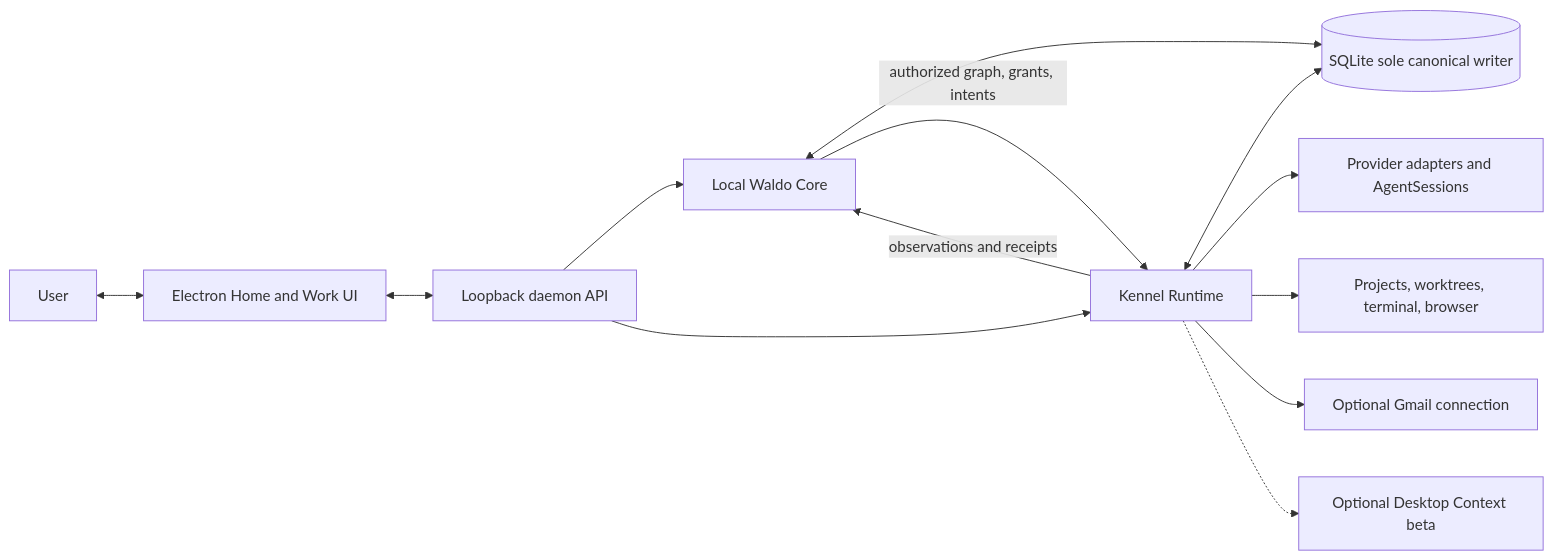
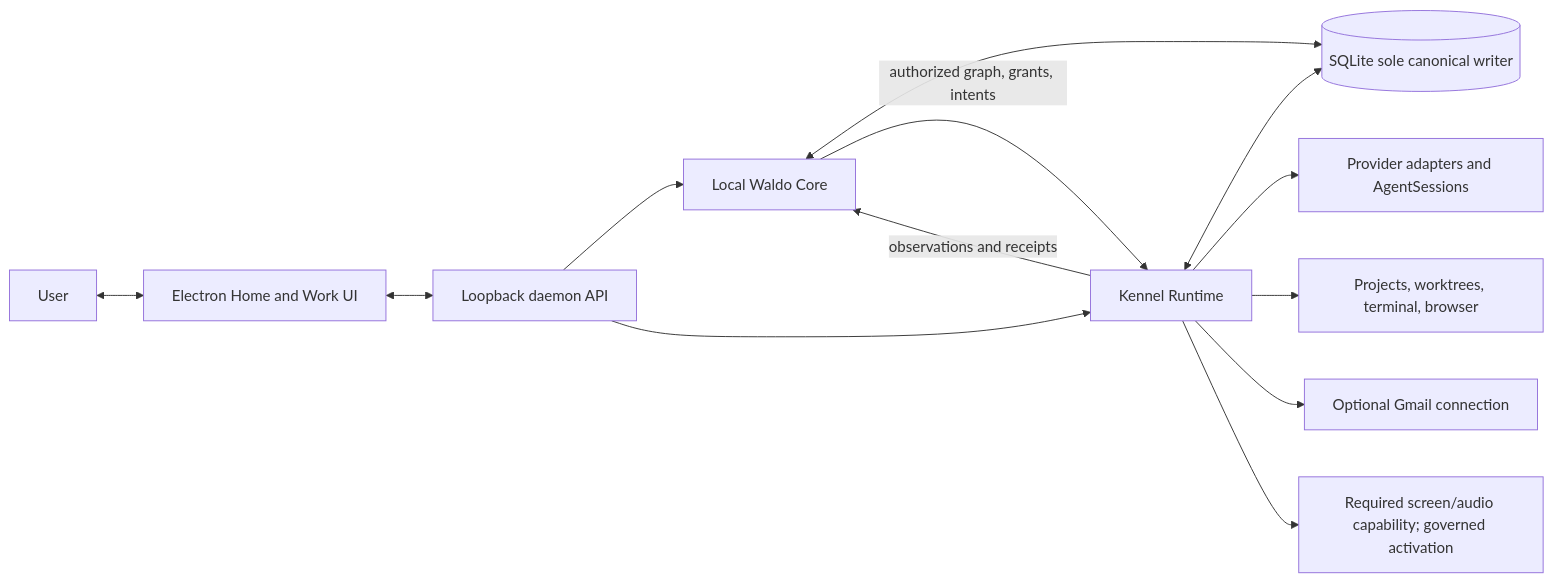
One commit to Pin4sf/Waldo-Kennel changed the second of 2 diagrams in docs/product/kennel-v1-team-review-packet.md. Above: the diagram before and after it, drawn with Mermaid. The commit also changed other lines of this file and 17 other files, not shown here.

Commit message:
docs: approve parallel Home and Personal Agent architecture

````diff
--- a/docs/product/kennel-v1-team-review-packet.md
+++ b/docs/product/kennel-v1-team-review-packet.md
@@ -181,15 +189,15 @@
 ```mermaid
 flowchart LR
   U["User"] <--> UI["Electron Home and Work UI"]
   UI <--> API["Loopback daemon API"]
   API --> W["Local Waldo Core"]
   API --> K["Kennel Runtime"]
   W <--> DB[("SQLite sole canonical writer")]
   K <--> DB
   K --> C["Provider adapters and AgentSessions"]
   K --> F["Projects, worktrees, terminal, browser"]
   K --> G["Optional Gmail connection"]
-  K -.-> D["Optional Desktop Context beta"]
+  K --> D["Required screen/audio capability; governed activation"]
   K -->|"observations and receipts"| W
   W -->|"authorized graph, grants, intents"| K
 ```
````
